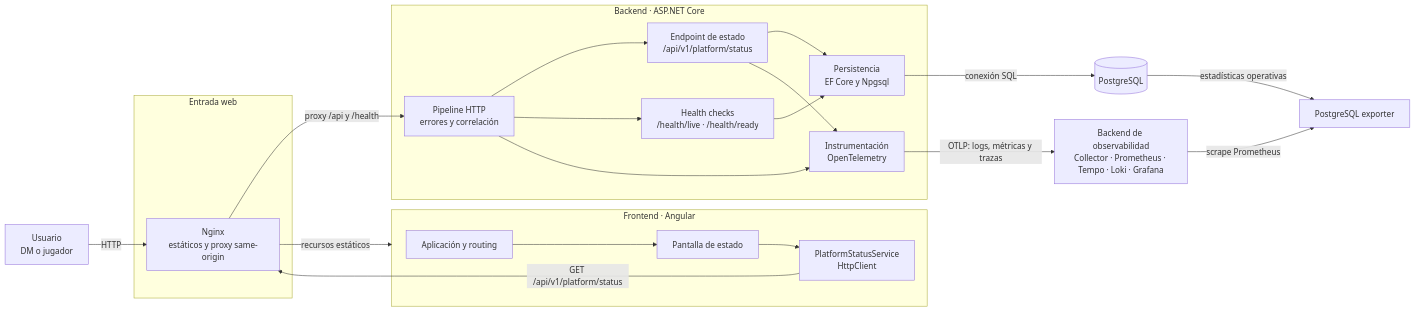
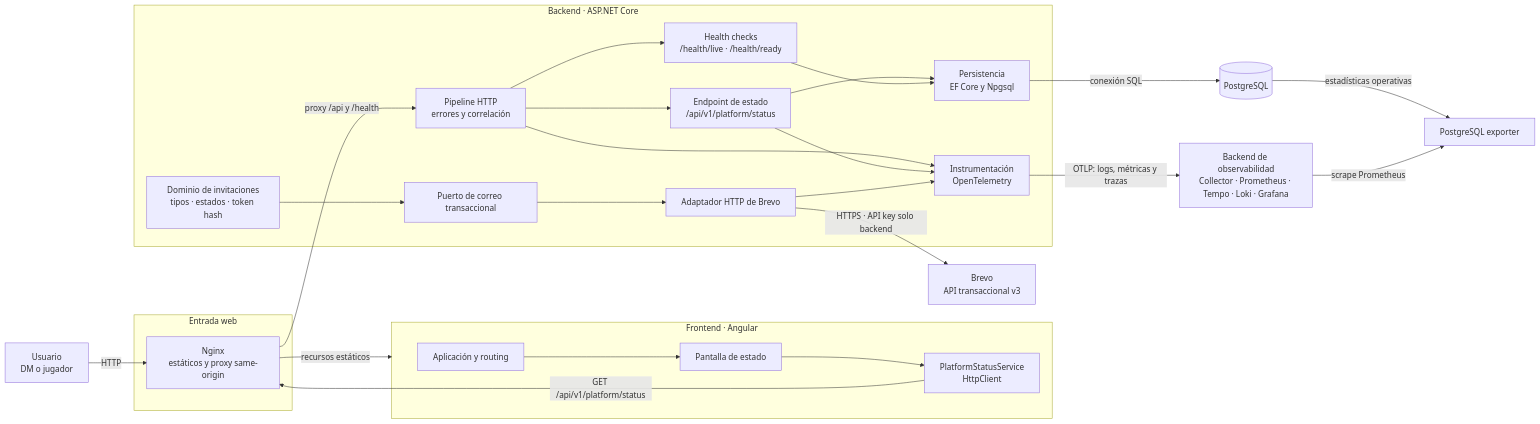
One commit to PeterBFoo/dnd-campaign-manager changed the diagram in docs/architecture/diagrama-de-componentes.md. Above: the diagram before and after it, drawn with Mermaid. The commit also changed other lines of this file and 20 other files, not shown here.

````diff
--- a/docs/architecture/diagrama-de-componentes.md
+++ b/docs/architecture/diagrama-de-componentes.md
@@ -9,45 +9,53 @@
 ```mermaid
 flowchart LR
     user["Usuario<br/>DM o jugador"]
 
     subgraph frontend["Frontend · Angular"]
         shell["Aplicación y routing"]
         status_ui["Pantalla de estado"]
         status_client["PlatformStatusService<br/>HttpClient"]
 
         shell --> status_ui
         status_ui --> status_client
     end
 
     subgraph edge["Entrada web"]
         nginx["Nginx<br/>estáticos y proxy same-origin"]
     end
 
     subgraph backend["Backend · ASP.NET Core"]
         middleware["Pipeline HTTP<br/>errores y correlación"]
         status_endpoint["Endpoint de estado<br/>/api/v1/platform/status"]
         health["Health checks<br/>/health/live · /health/ready"]
         persistence["Persistencia<br/>EF Core y Npgsql"]
+        invitations["Dominio de invitaciones<br/>tipos · estados · token hash"]
+        email_port["Puerto de correo transaccional"]
+        brevo_adapter["Adaptador HTTP de Brevo"]
         telemetry["Instrumentación<br/>OpenTelemetry"]
 
         middleware --> status_endpoint
         middleware --> health
         status_endpoint --> persistence
         health --> persistence
+        invitations --> email_port
+        email_port --> brevo_adapter
         middleware --> telemetry
         status_endpoint --> telemetry
+        brevo_adapter --> telemetry
     end
 
     database[("PostgreSQL")]
     postgres_exporter["PostgreSQL exporter"]
     observability["Backend de observabilidad<br/>Collector · Prometheus · Tempo · Loki · Grafana"]
+    brevo["Brevo<br/>API transaccional v3"]
 
     user -->|"HTTP"| nginx
     nginx -->|"recursos estáticos"| frontend
     status_client -->|"GET /api/v1/platform/status"| nginx
     nginx -->|"proxy /api y /health"| middleware
     persistence -->|"conexión SQL"| database
     database -->|"estadísticas operativas"| postgres_exporter
     observability -->|"scrape Prometheus"| postgres_exporter
     telemetry -->|"OTLP: logs, métricas y trazas"| observability
+    brevo_adapter -->|"HTTPS · API key solo backend"| brevo
 ```
````
